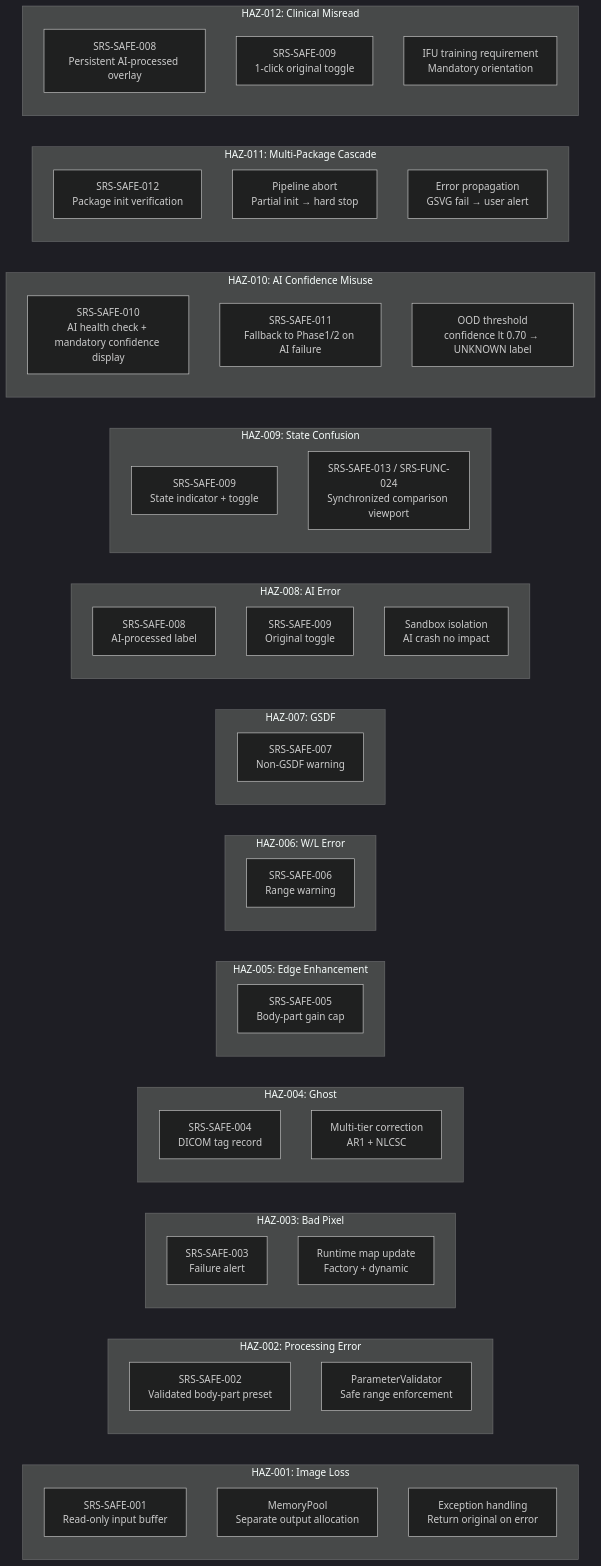
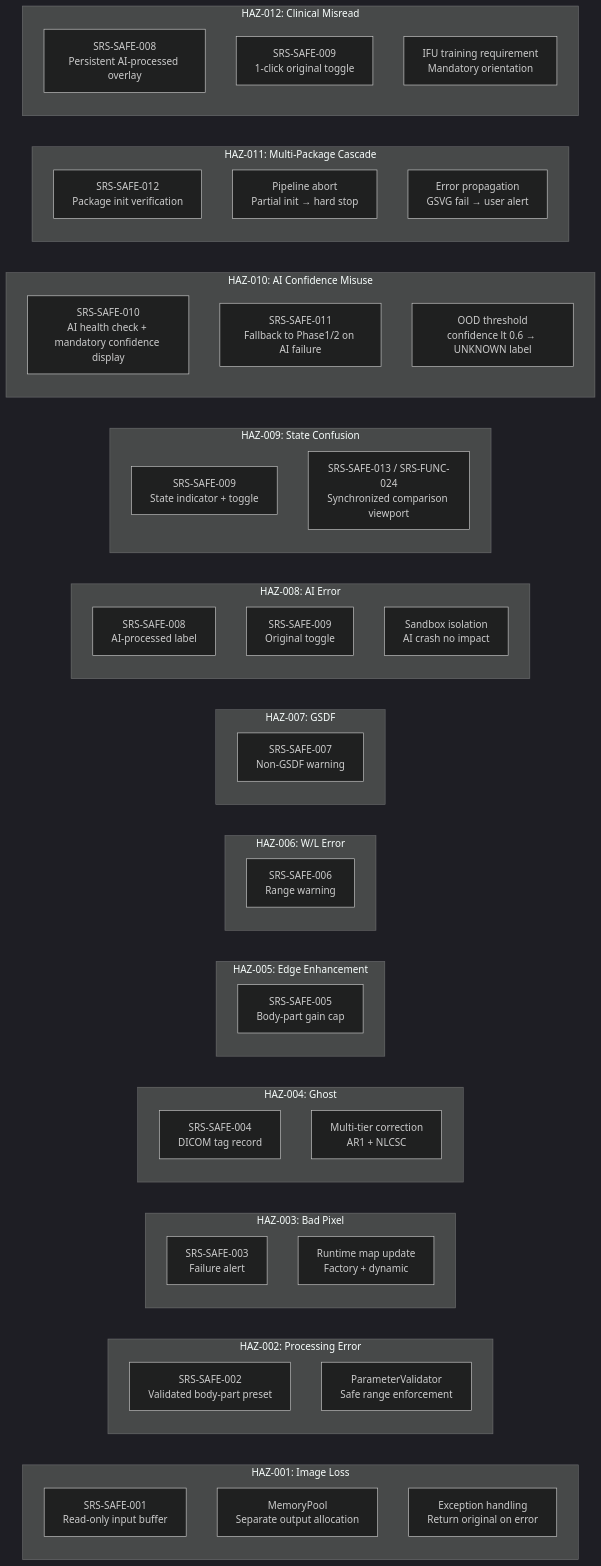
Before and after one commit to holee9/image-processing: the diagram in docs/post-processing/xpe/XPE-SHA-001_Software_Hazard_Analysis.md, drawn with Mermaid (dark theme). The commit also changed other lines of this file and 15 other files, not shown here.

````diff
--- a/docs/post-processing/xpe/XPE-SHA-001_Software_Hazard_Analysis.md
+++ b/docs/post-processing/xpe/XPE-SHA-001_Software_Hazard_Analysis.md
@@ -187,64 +187,64 @@
 ```mermaid
 graph LR
     subgraph "HAZ-001: Image Loss"
         RC1A[SRS-SAFE-001<br/>Read-only input buffer]
         RC1B[MemoryPool<br/>Separate output allocation]
         RC1C[Exception handling<br/>Return original on error]
     end
 
     subgraph "HAZ-002: Processing Error"
         RC2A[SRS-SAFE-002<br/>Validated body-part preset]
         RC2B[ParameterValidator<br/>Safe range enforcement]
     end
 
     subgraph "HAZ-003: Bad Pixel"
         RC3A[SRS-SAFE-003<br/>Failure alert]
         RC3B[Runtime map update<br/>Factory + dynamic]
     end
 
     subgraph "HAZ-004: Ghost"
         RC4A[SRS-SAFE-004<br/>DICOM tag record]
         RC4B[Multi-tier correction<br/>AR1 + NLCSC]
     end
 
     subgraph "HAZ-005: Edge Enhancement"
         RC5[SRS-SAFE-005<br/>Body-part gain cap]
     end
 
     subgraph "HAZ-006: W/L Error"
         RC6[SRS-SAFE-006<br/>Range warning]
     end
 
     subgraph "HAZ-007: GSDF"
         RC7[SRS-SAFE-007<br/>Non-GSDF warning]
     end
 
     subgraph "HAZ-008: AI Error"
         RC8A[SRS-SAFE-008<br/>AI-processed label]
         RC8B[SRS-SAFE-009<br/>Original toggle]
         RC8C[Sandbox isolation<br/>AI crash no impact]
     end
 
     subgraph "HAZ-009: State Confusion"
         RC9[SRS-SAFE-009<br/>State indicator + toggle]
         RC9B[SRS-SAFE-013 / SRS-FUNC-024<br/>Synchronized comparison viewport]
     end
 
     subgraph "HAZ-010: AI Confidence Misuse"
         RC10A[SRS-SAFE-010<br/>AI health check + mandatory confidence display]
         RC10B[SRS-SAFE-011<br/>Fallback to Phase1/2 on AI failure]
-        RC10C[OOD threshold<br/>confidence lt 0.70 → UNKNOWN label]
+        RC10C[OOD threshold<br/>confidence lt 0.6 → UNKNOWN label]
     end
 
     subgraph "HAZ-011: Multi-Package Cascade"
         RC11A[SRS-SAFE-012<br/>Package init verification]
         RC11B[Pipeline abort<br/>Partial init → hard stop]
         RC11C[Error propagation<br/>GSVG fail → user alert]
     end
 
     subgraph "HAZ-012: Clinical Misread"
         RC12A[SRS-SAFE-008<br/>Persistent AI-processed overlay]
         RC12B[SRS-SAFE-009<br/>1-click original toggle]
         RC12C[IFU training requirement<br/>Mandatory orientation]
     end
 ```
````
